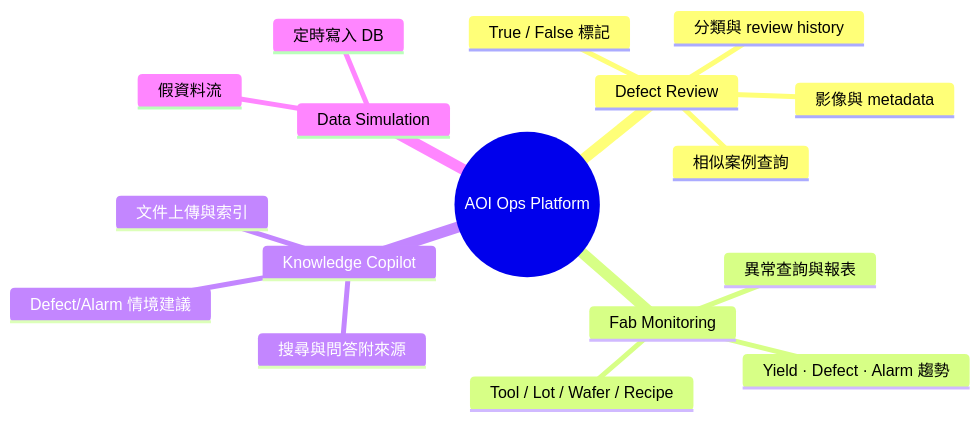
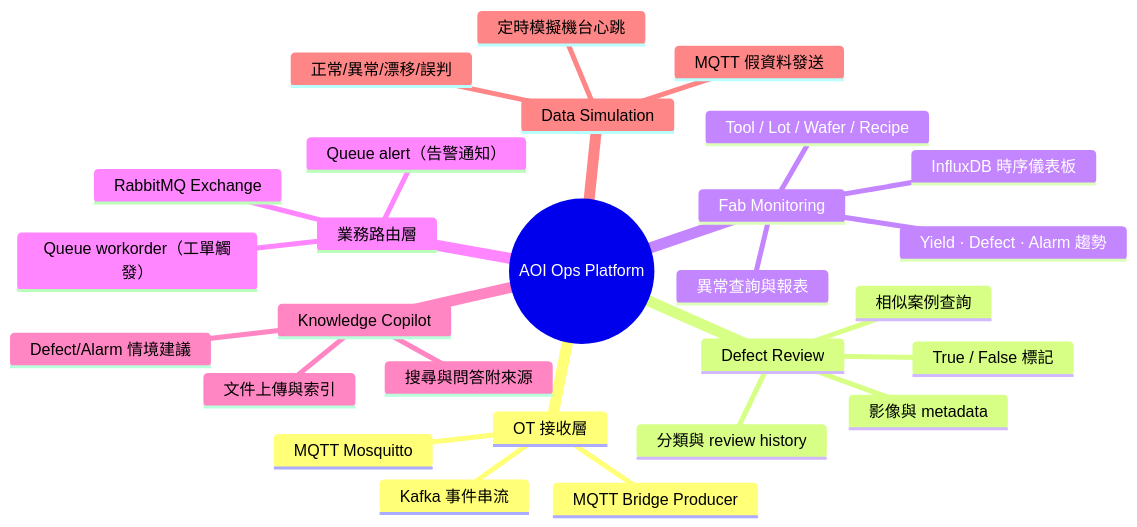
The fifth of 6 diagrams in graph.md (sfad159357/aoi-ops-platform), drawn with Mermaid before and after one commit. The commit also changed other lines of this file and 6 other files, not shown here.

First line of the commit message:
feat: expand architecture to OT/IT fusion with Kafka, RabbitMQ, InfluxDB

````diff
--- a/graph.md
+++ b/graph.md
@@ -145,20 +199,30 @@
 ```mermaid
 mindmap
   root((AOI Ops Platform))
+    OT 接收層
+      MQTT Mosquitto
+      Kafka 事件串流
+      MQTT Bridge Producer
     Defect Review
       影像與 metadata
       True / False 標記
       分類與 review history
       相似案例查詢
     Fab Monitoring
       Tool / Lot / Wafer / Recipe
       Yield · Defect · Alarm 趨勢
+      InfluxDB 時序儀表板
       異常查詢與報表
+    業務路由層
+      RabbitMQ Exchange
+      Queue alert（告警通知）
+      Queue workorder（工單觸發）
     Knowledge Copilot
       文件上傳與索引
       搜尋與問答附來源
       Defect/Alarm 情境建議
     Data Simulation
-      假資料流
-      定時寫入 DB
+      MQTT 假資料發送
+      正常/異常/漂移/誤判
+      定時模擬機台心跳
 ```
````
